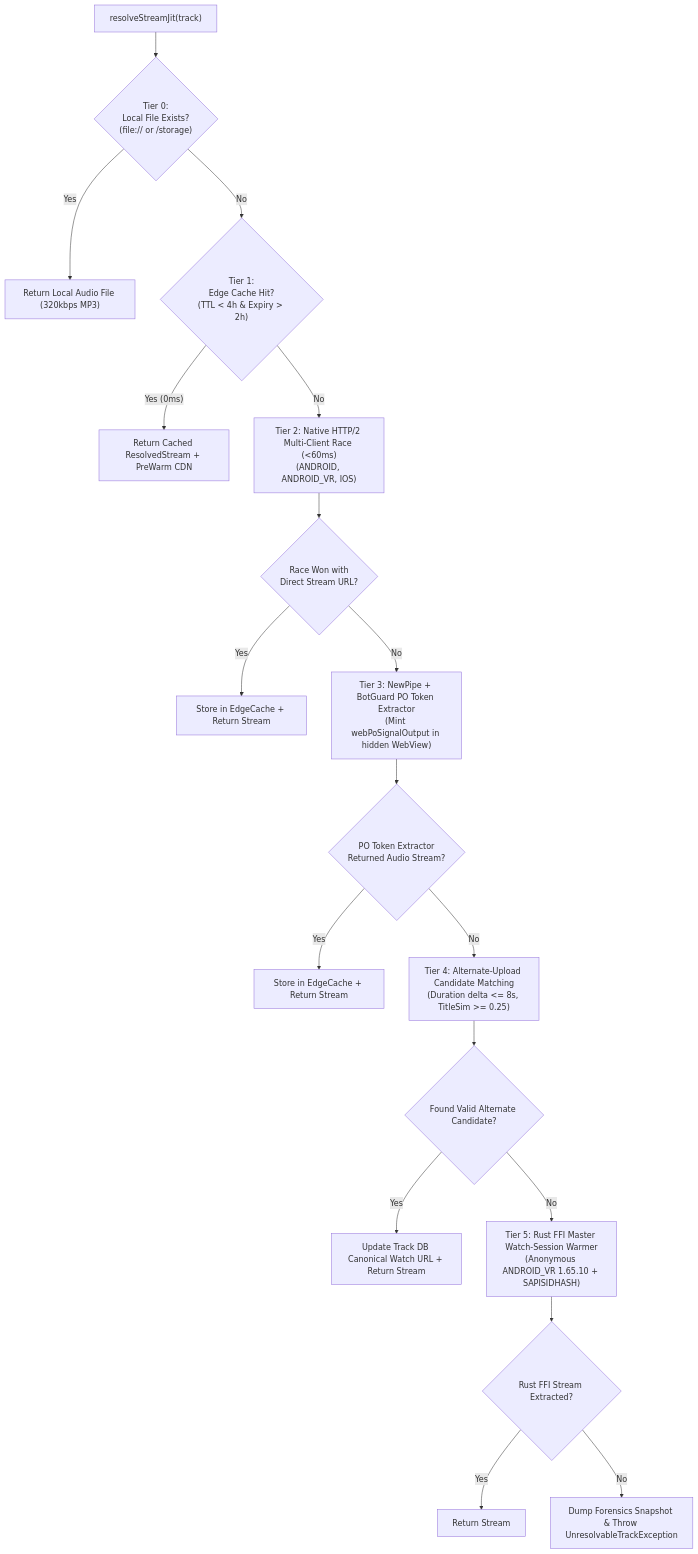
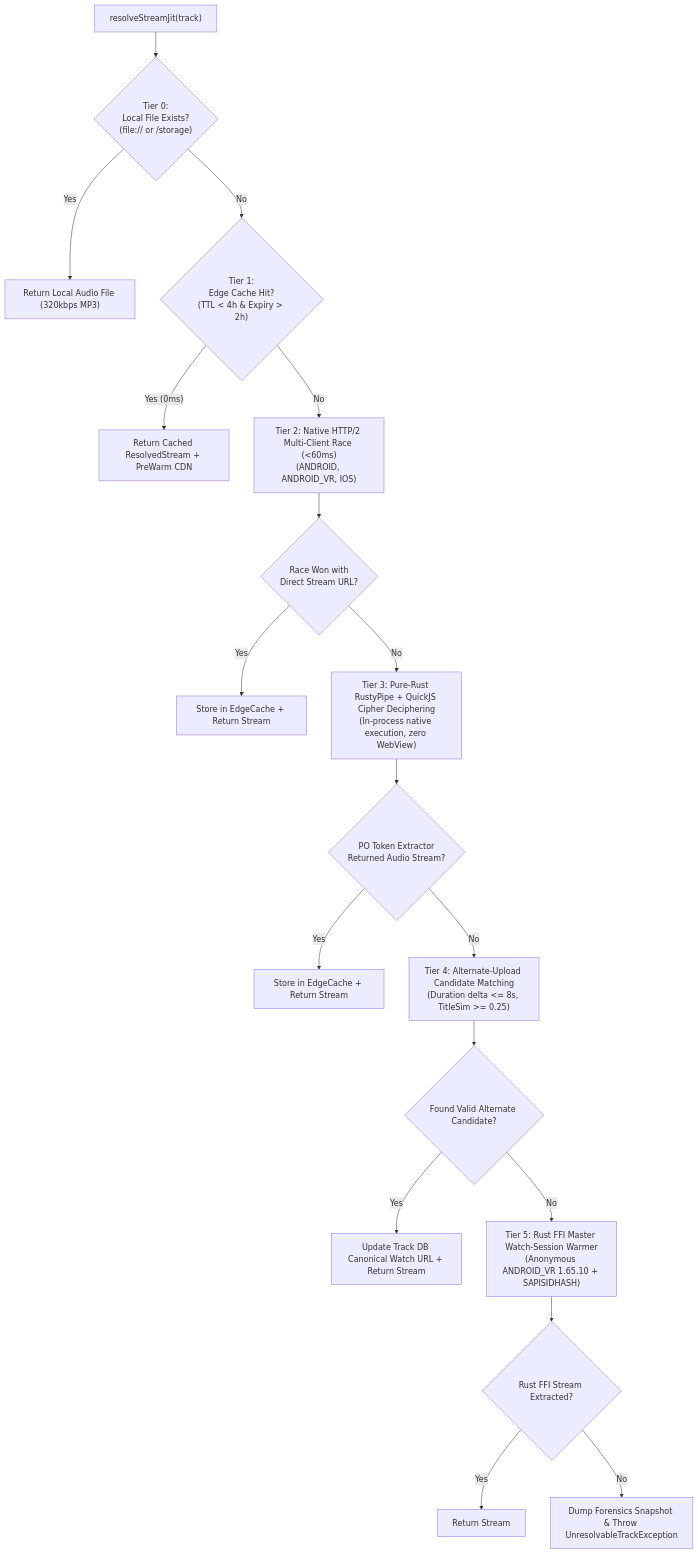
The second of 6 diagrams in docs/architecture/engines/01_stream_resolution.md (meraxes89/streamify-apk), drawn with Mermaid before and after one commit. The commit also changed other lines of this file and 6 other files, not shown here.

First line of the commit message:
feat: route Android track search through RustyPipe JNI and synchronize docs (#132)

````diff
--- a/docs/architecture/engines/01_stream_resolution.md
+++ b/docs/architecture/engines/01_stream_resolution.md
@@ -106,25 +106,25 @@
 ```mermaid
 flowchart TD
     A["resolveStreamJit(track)"] --> T0{"Tier 0:<br/>Local File Exists?<br/>(file:// or /storage)"}
     T0 -- "Yes" --> R0["Return Local Audio File (320kbps MP3)"]
     T0 -- "No" --> T1{"Tier 1:<br/>Edge Cache Hit?<br/>(TTL < 4h & Expiry > 2h)"}
     
     T1 -- "Yes (0ms)" --> R1["Return Cached ResolvedStream + PreWarm CDN"]
     T1 -- "No" --> T2["Tier 2: Native HTTP/2 Multi-Client Race (<60ms)<br/>(ANDROID, ANDROID_VR, IOS)"]
     
     T2 --> C2{"Race Won with<br/>Direct Stream URL?"}
     C2 -- "Yes" --> R2["Store in EdgeCache + Return Stream"]
-    C2 -- "No" --> T3["Tier 3: NewPipe + BotGuard PO Token Extractor<br/>(Mint webPoSignalOutput in hidden WebView)"]
+    C2 -- "No" --> T3["Tier 3: Pure-Rust RustyPipe + QuickJS Cipher Deciphering<br/>(In-process native execution, zero WebView)"]
     
     T3 --> C3{"PO Token Extractor<br/>Returned Audio Stream?"}
     C3 -- "Yes" --> R3["Store in EdgeCache + Return Stream"]
     C3 -- "No" --> T4["Tier 4: Alternate-Upload Candidate Matching<br/>(Duration delta <= 8s, TitleSim >= 0.25)"]
     
     T4 --> C4{"Found Valid Alternate Candidate?"}
     C4 -- "Yes" --> R4["Update Track DB Canonical Watch URL + Return Stream"]
     C4 -- "No" --> T5["Tier 5: Rust FFI Master Watch-Session Warmer<br/>(Anonymous ANDROID_VR 1.65.10 + SAPISIDHASH)"]
     
     T5 --> C5{"Rust FFI Stream Extracted?"}
     C5 -- "Yes" --> R5["Return Stream"]
     C5 -- "No" --> FAIL["Dump Forensics Snapshot & Throw UnresolvableTrackException"]
 ```
````
